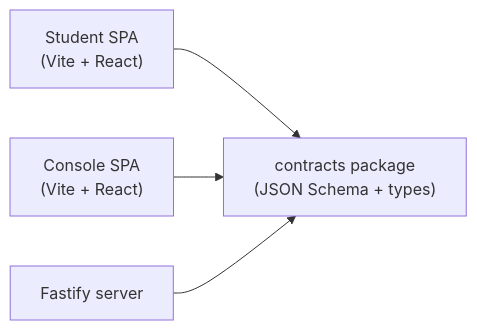
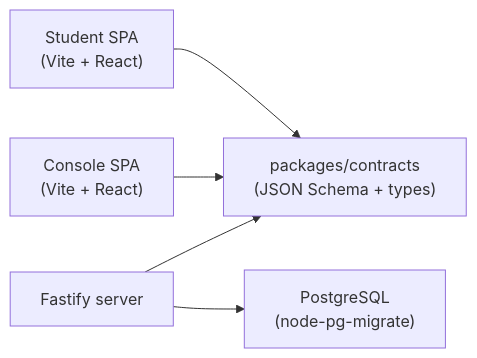
Before and after one commit to stemolly/wiki: the first of 3 diagrams in src/content/docs/architecture/core-arch.md, drawn with Mermaid. The commit also changed other lines of this file and 57 other files, not shown here.

````diff
--- a/src/content/docs/architecture/core-arch.md
+++ b/src/content/docs/architecture/core-arch.md
@@ -69,10 +55,13 @@
 ```mermaid
 graph LR
     student["Student SPA<br/>(Vite + React)"]
     console_app["Console SPA<br/>(Vite + React)"]
-    contracts["contracts package<br/>(JSON Schema + types)"]
+    contracts["packages/contracts<br/>(JSON Schema + types)"]
     server_node["Fastify server"]
+    db["PostgreSQL<br/>(node-pg-migrate)"]
+
     student --> contracts
     console_app --> contracts
     server_node --> contracts
+    server_node --> db
 ```
````
